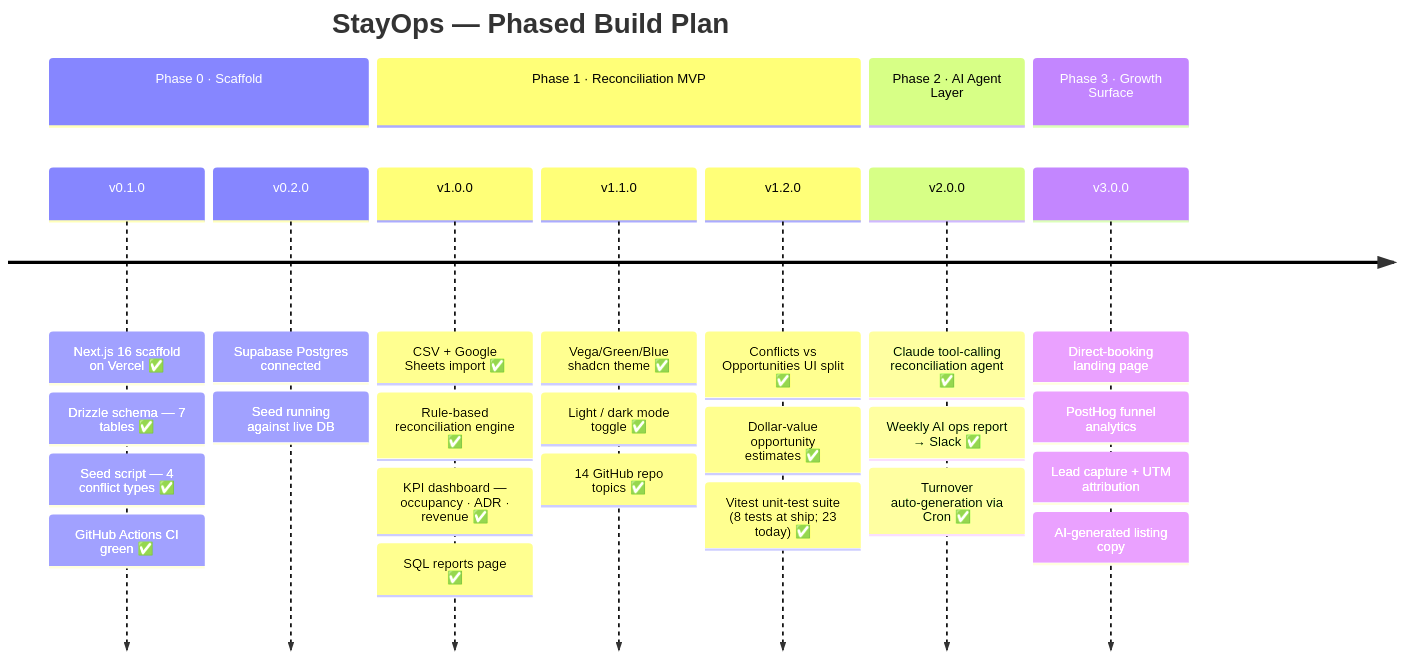
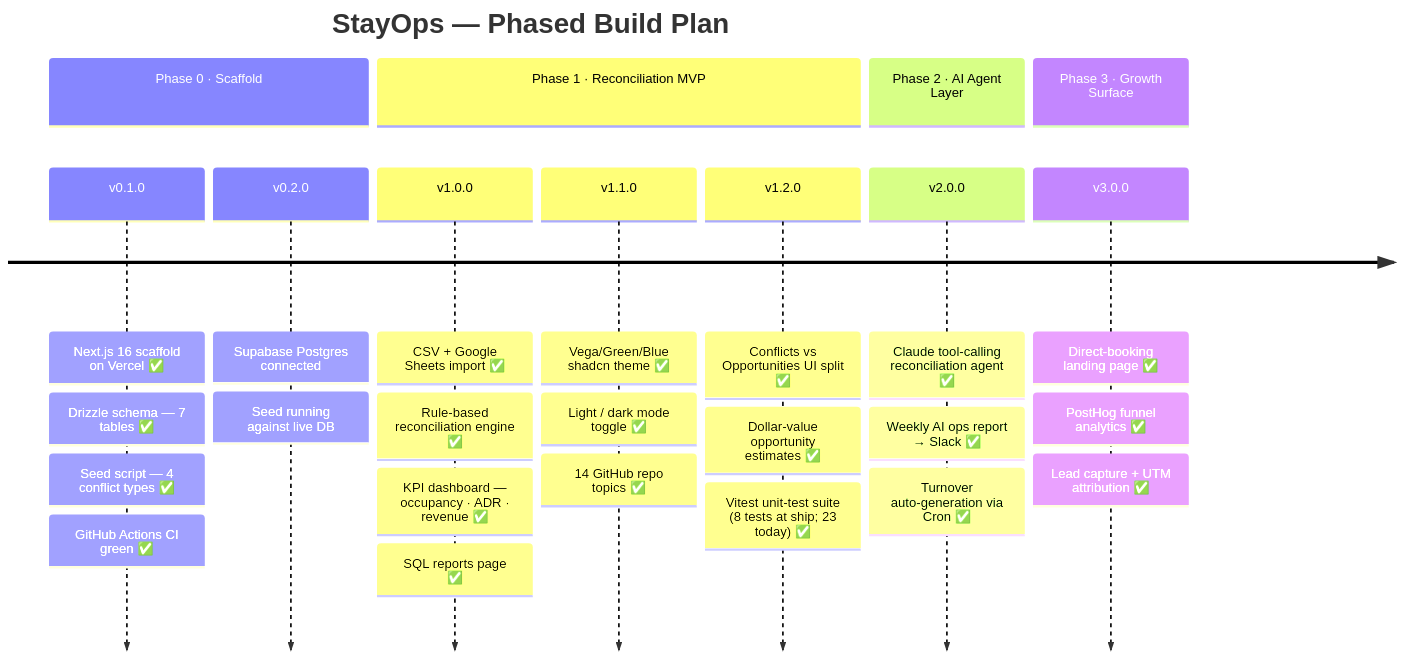
The second of 2 diagrams in README.md (deepan-mehta-analytics/stayops), drawn with Mermaid before and after one commit. The commit also changed other lines of this file, not shown here.

Commit message:
docs: Phase 3 closeout — test counts 27, v3.0.0 status, roadmap checkmarks

````diff
--- a/README.md
+++ b/README.md
@@ -504,31 +510,30 @@
 ```mermaid
 timeline
     title StayOps — Phased Build Plan
     section Phase 0 · Scaffold
         v0.1.0 : Next.js 16 scaffold on Vercel ✅
                : Drizzle schema — 7 tables ✅
                : Seed script — 4 conflict types ✅
                : GitHub Actions CI green ✅
         v0.2.0 : Supabase Postgres connected
                : Seed running against live DB
     section Phase 1 · Reconciliation MVP
         v1.0.0 : CSV + Google Sheets import ✅
                : Rule-based reconciliation engine ✅
                : KPI dashboard — occupancy · ADR · revenue ✅
                : SQL reports page ✅
         v1.1.0 : Vega/Green/Blue shadcn theme ✅
                : Light / dark mode toggle ✅
                : 14 GitHub repo topics ✅
         v1.2.0 : Conflicts vs Opportunities UI split ✅
                : Dollar-value opportunity estimates ✅
                : Vitest unit-test suite (8 tests at ship; 23 today) ✅
     section Phase 2 · AI Agent Layer
         v2.0.0 : Claude tool-calling reconciliation agent ✅
                : Weekly AI ops report → Slack ✅
                : Turnover auto-generation via Cron ✅
     section Phase 3 · Growth Surface
-        v3.0.0 : Direct-booking landing page
-               : PostHog funnel analytics
-               : Lead capture + UTM attribution
-               : AI-generated listing copy
+        v3.0.0 : Direct-booking landing page ✅
+               : PostHog funnel analytics ✅
+               : Lead capture + UTM attribution ✅
 ```
````
